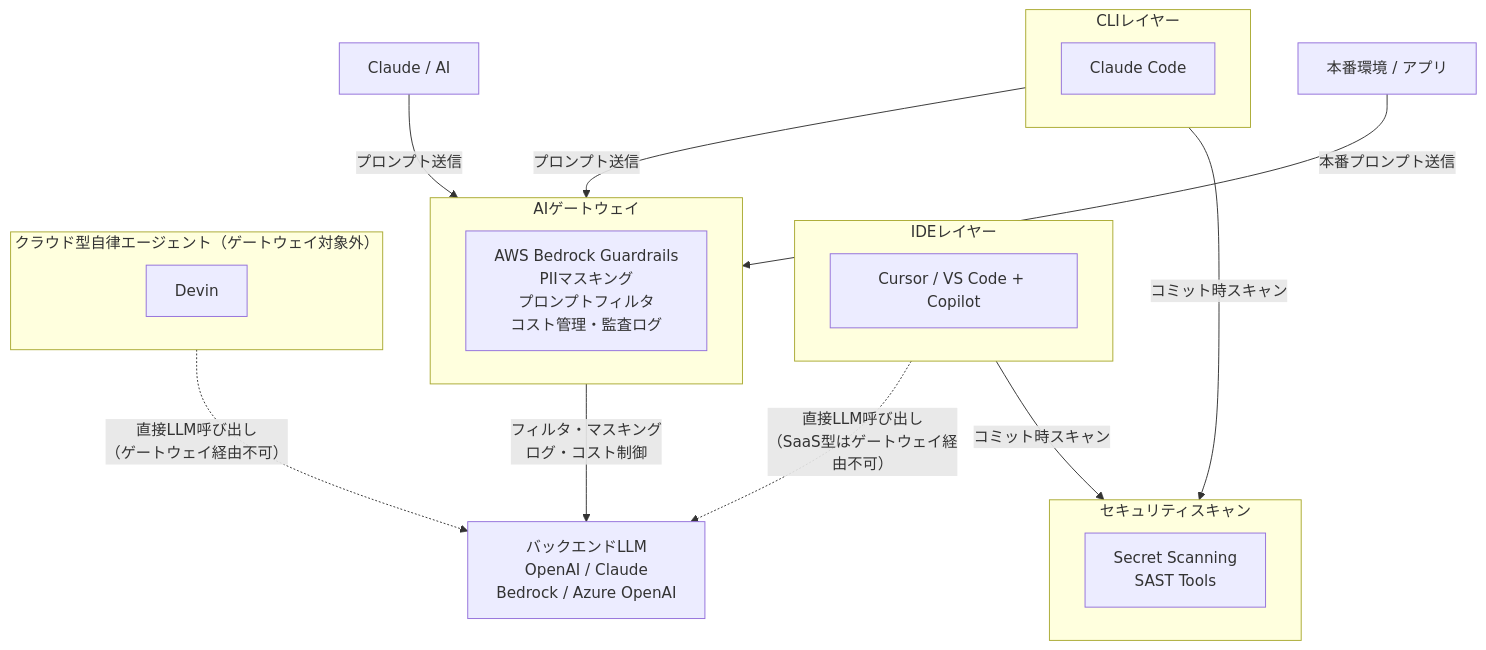
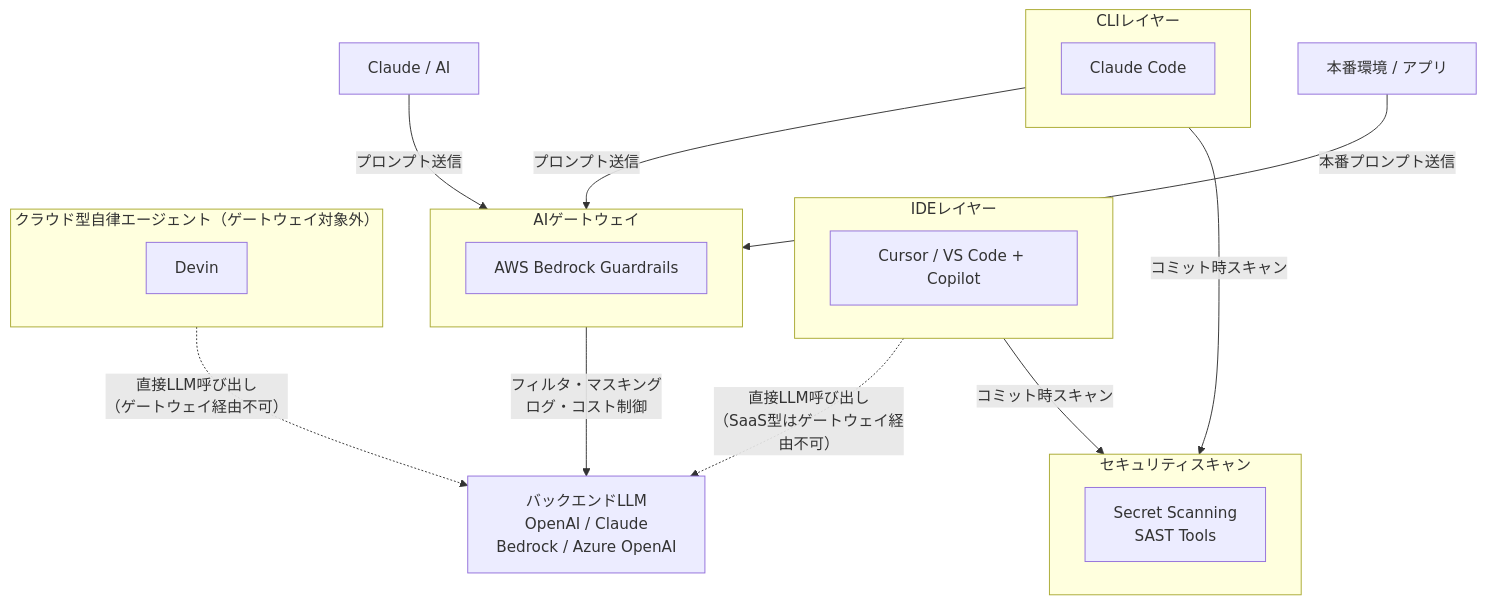
One commit to takuma39/ai changed the eighth of 26 diagrams in AI駆動開発.md. Above: the diagram before and after it, drawn with Mermaid. The commit also changed other lines of this file, not shown here.

````diff
--- a/AI駆動開発.md
+++ b/AI駆動開発.md
@@ -279,36 +378,36 @@
 ```mermaid
 graph TD
     subgraph ide["IDEレイヤー"]
         Cursor["Cursor / VS Code + Copilot"]
     end
 
     subgraph cli["CLIレイヤー"]
         CC["Claude Code"]
     end
 
     Claude["Claude / AI"]
     Prod["本番環境 / アプリ"]
 
     subgraph gateway["AIゲートウェイ"]
-        GWProxy["AWS Bedrock Guardrails<br/>PIIマスキング<br/>プロンプトフィルタ<br/>コスト管理・監査ログ"]
+        GWProxy["AWS Bedrock Guardrails"]
     end
 
     LLM["バックエンドLLM<br/>OpenAI / Claude<br/>Bedrock / Azure OpenAI"]
 
     subgraph security["セキュリティスキャン"]
         SecScan["Secret Scanning<br/>SAST Tools"]
     end
 
     subgraph saas_agent["クラウド型自律エージェント（ゲートウェイ対象外）"]
         Devin["Devin"]
     end
 
     cli -->|"プロンプト送信"| gateway
     Claude -->|"プロンプト送信"| gateway
     Prod -->|"本番プロンプト送信"| gateway
     gateway -->|"フィルタ・マスキング<br/>ログ・コスト制御"| LLM
     ide -.->|"直接LLM呼び出し<br/>（SaaS型はゲートウェイ経由不可）"| LLM
     cli -->|"コミット時スキャン"| security
     ide -->|"コミット時スキャン"| security
     saas_agent -.->|"直接LLM呼び出し<br/>（ゲートウェイ経由不可）"| LLM
 ```
````
